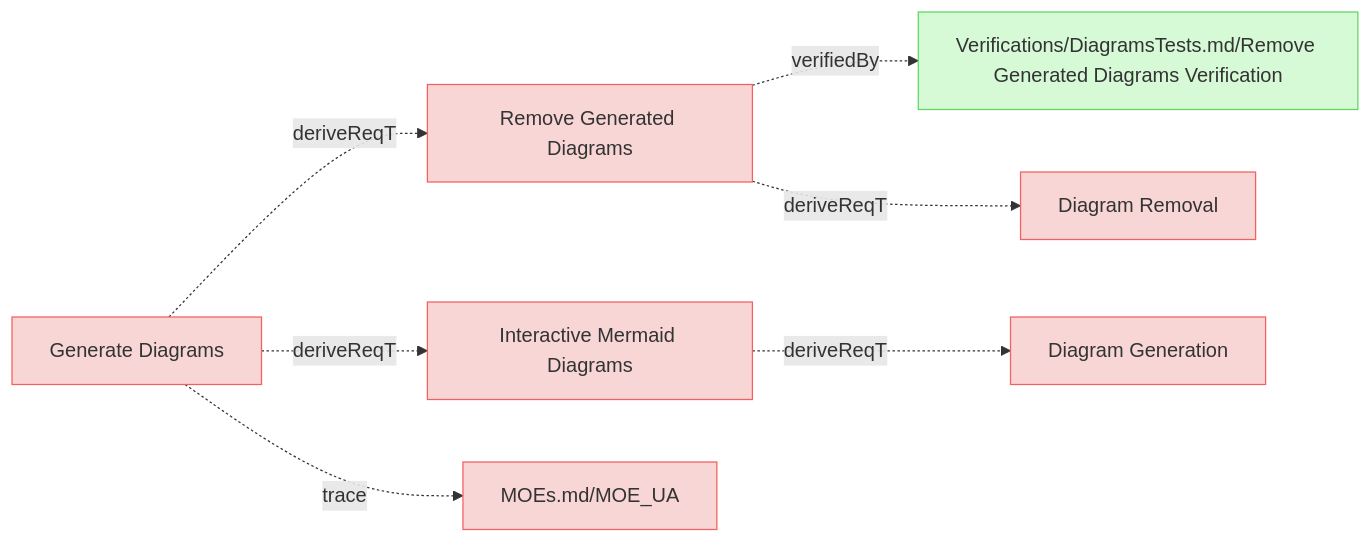
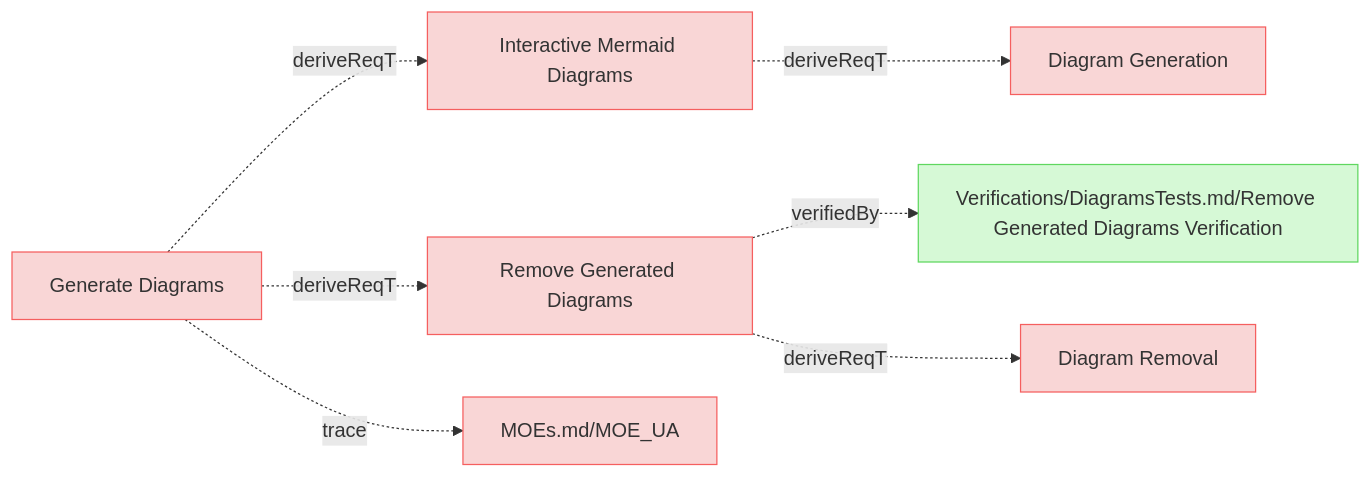
The first of 9 diagrams in specifications/UserRequirements.md (reqvire-org/reqvire), drawn with Mermaid before and after one commit. The commit also changed other lines of this file and 15 other files, not shown here.

First line of the commit message:
docs: Update auto-generated diagrams with new requirement traceability

````diff
--- a/specifications/UserRequirements.md
+++ b/specifications/UserRequirements.md
@@ -4,36 +4,37 @@
 ```mermaid
 graph LR;
+  %% REQVIRE-AUTOGENERATED-DIAGRAM
   %% Graph styling
   classDef requirement fill:#f9d6d6,stroke:#f55f5f,stroke-width:1px;
   classDef verification fill:#d6f9d6,stroke:#5fd75f,stroke-width:1px;
   classDef externalLink fill:#d0e0ff,stroke:#3080ff,stroke-width:1px;
   classDef default fill:#f5f5f5,stroke:#333333,stroke-width:1px;
 
+  eedf6d6d3d2354d9["Interactive Mermaid Diagrams"];
+  class eedf6d6d3d2354d9 requirement;
+  click eedf6d6d3d2354d9 "UserRequirements.md#interactive-mermaid-diagrams";
+  e9aee7d9477f4abe["Diagram Generation"];
+  class e9aee7d9477f4abe requirement;
+  click e9aee7d9477f4abe "SystemRequirements/Requirements.md#diagram-generation";
+  eedf6d6d3d2354d9 -.->|deriveReqT| e9aee7d9477f4abe;
   8b2dd3bb2c44db94["Remove Generated Diagrams"];
   class 8b2dd3bb2c44db94 requirement;
   click 8b2dd3bb2c44db94 "UserRequirements.md#remove-generated-diagrams";
   6a6973ecb2f20ee3["Verifications/DiagramsTests.md/Remove Generated Diagrams Verification"];
   class 6a6973ecb2f20ee3 verification;
   click 6a6973ecb2f20ee3 "Verifications/DiagramsTests.md#remove-generated-diagrams-verification";
   8b2dd3bb2c44db94 -.->|verifiedBy| 6a6973ecb2f20ee3;
   4ec753faad5a75f7["Diagram Removal"];
   class 4ec753faad5a75f7 requirement;
   click 4ec753faad5a75f7 "SystemRequirements/Requirements.md#diagram-removal";
   8b2dd3bb2c44db94 -.->|deriveReqT| 4ec753faad5a75f7;
-  eedf6d6d3d2354d9["Interactive Mermaid Diagrams"];
-  class eedf6d6d3d2354d9 requirement;
-  click eedf6d6d3d2354d9 "UserRequirements.md#interactive-mermaid-diagrams";
-  e9aee7d9477f4abe["Diagram Generation"];
-  class e9aee7d9477f4abe requirement;
-  click e9aee7d9477f4abe "SystemRequirements/Requirements.md#diagram-generation";
-  eedf6d6d3d2354d9 -.->|deriveReqT| e9aee7d9477f4abe;
   37a5b8e199a838f["Generate Diagrams"];
   class 37a5b8e199a838f requirement;
   click 37a5b8e199a838f "UserStories.md#generate-diagrams";
   2c5f30f14e792200["MOEs.md/MOE_UA"];
   class 2c5f30f14e792200 requirement;
   click 2c5f30f14e792200 "MOEs.md#moe_ua";
   37a5b8e199a838f -.->|trace| 2c5f30f14e792200;
+  37a5b8e199a838f -.->|deriveReqT| eedf6d6d3d2354d9;
   37a5b8e199a838f -.->|deriveReqT| 8b2dd3bb2c44db94;
-  37a5b8e199a838f -.->|deriveReqT| eedf6d6d3d2354d9;
 ```
````
